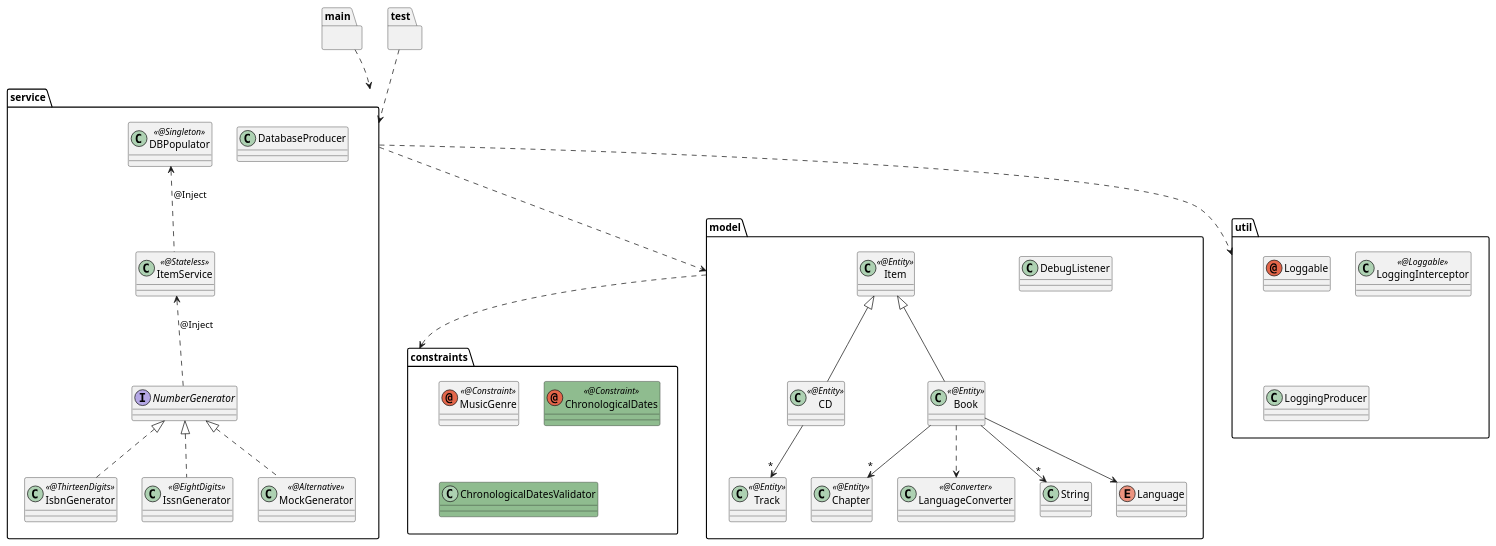
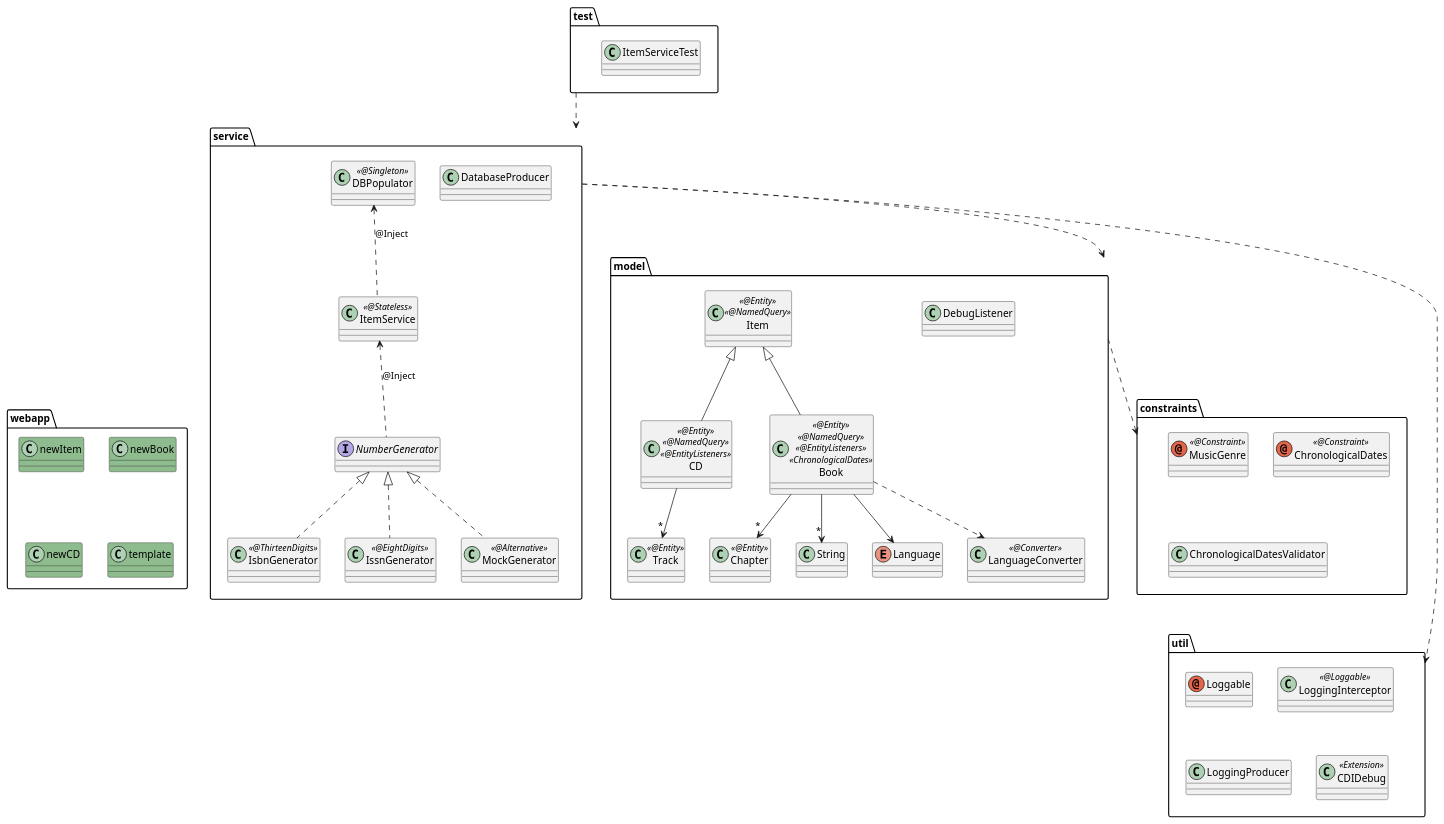
The diagram in 14-JSF/demo14.puml (agoncal/agoncal-training-javaee7), drawn with PlantUML before and after one commit. The commit also changed 16 other files, not shown here.

Commit message:
Updading UML schemas

```diff
--- a/14-JSF/demo14.puml
+++ b/14-JSF/demo14.puml
@@ -1,62 +1,68 @@
 @startuml
 
-package "main" {
-}
 package "test" {
+    class ItemServiceTest
 }
 
-package "constraints" {
-    annotation MusicGenre << @Constraint >>
-    annotation ChronologicalDates << @Constraint >> #8FBC8F
-    class ChronologicalDatesValidator #8FBC8F
+package "webapp"  {
+    class newItem  #8FBC8F
+    class newBook  #8FBC8F
+    class newCD  #8FBC8F
+    class template  #8FBC8F
 }
 
 package "service" {
     interface NumberGenerator
     class IsbnGenerator << @ThirteenDigits >>
     class IssnGenerator << @EightDigits >>
     class MockGenerator << @Alternative >>
     class ItemService << @Stateless >>
     class DatabaseProducer
     class DBPopulator << @Singleton >>
 
     ItemService <.. NumberGenerator : @Inject
     DBPopulator <.. ItemService : @Inject
     NumberGenerator <|.. IsbnGenerator
     NumberGenerator <|.. IssnGenerator
     NumberGenerator <|.. MockGenerator
 }
 
 package "model" {
     class DebugListener
-    class Item << @Entity >>
-    class CD << @Entity >>
+    class Item << @Entity >> << @NamedQuery >>
+    class CD << @Entity >> << @NamedQuery >> << @EntityListeners >>
     class Track << @Entity >>
     class Chapter << @Entity >>
-    class LanguageConverter << @Converter >>
-    class Book << @Entity >>
+    class Book << @Entity >> << @NamedQuery >> << @EntityListeners >> << ChronologicalDates >>
     class String
     enum Language
+    class LanguageConverter << @Converter >>
 
     Item <|-- CD
     Item <|-- Book
     CD --> "*" Track
     Book --> "*" String
     Book --> "*" Chapter
     Book --> Language
     Book ..> LanguageConverter
 }
 
+package "constraints" {
+    annotation MusicGenre << @Constraint >>
+    annotation ChronologicalDates << @Constraint >>
+    class ChronologicalDatesValidator
+}
+
 package "util" {
     annotation Loggable
     class LoggingInterceptor << @Loggable >>
     class LoggingProducer
+    class CDIDebug << Extension >>
 }
 
-main ..> service
 test ..> service
 service ..> model
 service ..> util
 model ..> constraints
 
 @enduml
```
